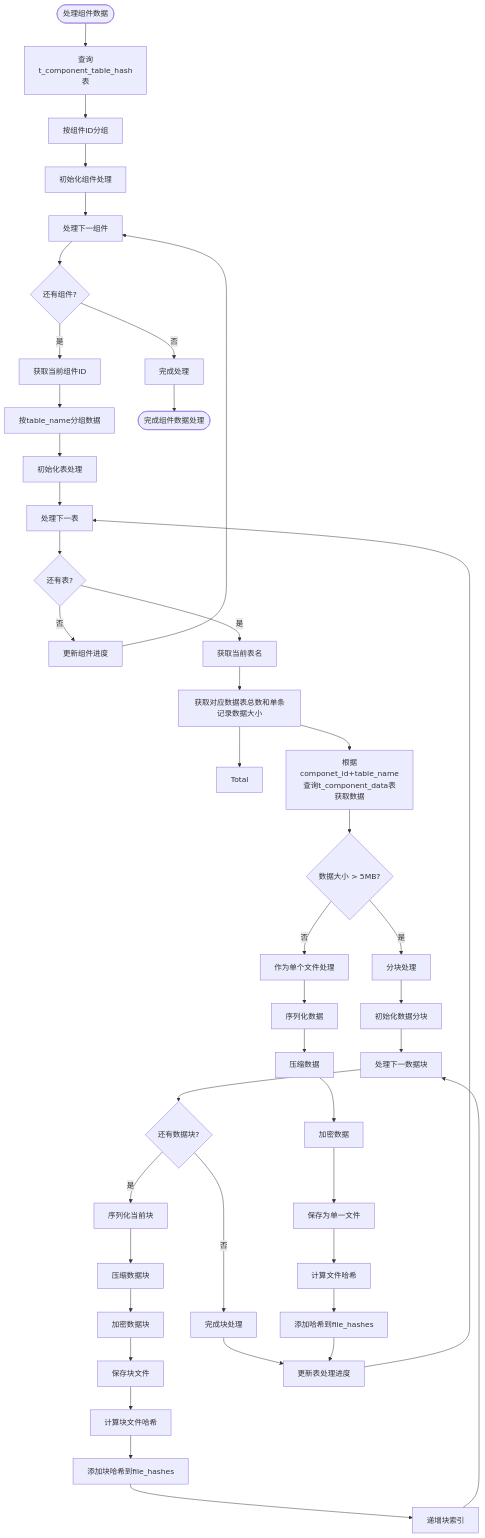
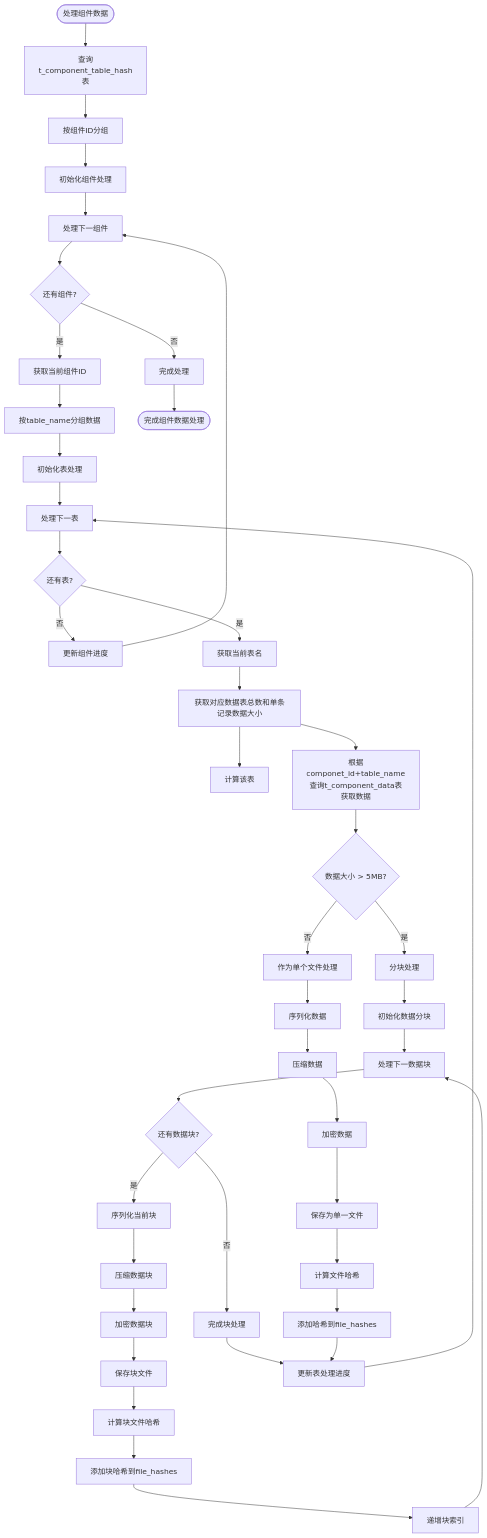
One commit to yingjianzh/iodraw-files changed the diagram in all/未命名-56.md. Above: the diagram before and after it, drawn with Mermaid.

Commit message:
2025-05-12 14:29:07 update

````diff
--- a/all/未命名-56.md
+++ b/all/未命名-56.md
@@ -1,59 +1,59 @@
 ```mermaid
 
 flowchart TD
     Start([处理组件数据]) --> QueryDB[查询t_component_table_hash表]
     QueryDB --> GroupByComp[按组件ID分组]
     GroupByComp --> InitCompProcess[初始化组件处理]
     
     InitCompProcess --> ProcessNextComp[处理下一组件]
     ProcessNextComp --> MoreComps{还有组件?}
     MoreComps -->|否| CompleteProcess[完成处理]
     MoreComps -->|是| GetCompID[获取当前组件ID]
     
     GetCompID --> GroupByTable[按table_name分组数据]
     GroupByTable --> InitTableProcess[初始化表处理]
     
     InitTableProcess --> ProcessNextTable[处理下一表]
     ProcessNextTable --> MoreTables{还有表?}
     MoreTables -->|否| UpdateCompProgress[更新组件进度]
     MoreTables -->|是| GetTableName[获取当前表名]
     
     UpdateCompProgress --> ProcessNextComp
     
     GetTableName --> CheckDataSize[获取对应数据表总数和单条记录数据大小]
-    CheckDataSize --> Total
+    CheckDataSize --> TotalSize[计算该表]
     CheckDataSize --> QueryTableData[根据componet_id+table_name查询t_component_data表获取数据]
     QueryTableData --> DataSize{数据大小 > 5MB?}
     
     DataSize -->|否| ProcessSingleFile[作为单个文件处理]
     DataSize -->|是| ProcessMultipleChunks[分块处理]
     
     ProcessSingleFile --> SerializeData[序列化数据]
     SerializeData --> CompressData[压缩数据]
     CompressData --> EncryptData[加密数据]
     EncryptData --> SaveSingleFile[保存为单一文件]
     SaveSingleFile --> CalcFileHash[计算文件哈希]
     CalcFileHash --> AddToFileHashes[添加哈希到file_hashes]
 
     ProcessMultipleChunks --> InitChunks[初始化数据分块]
     InitChunks --> ProcessNextChunk[处理下一数据块]
     
     ProcessNextChunk --> MoreChunks{还有数据块?}
     MoreChunks -->|否| CompleteChunks[完成块处理]
     MoreChunks -->|是| SerializeChunk[序列化当前块]
     
     SerializeChunk --> CompressChunk[压缩数据块]
     CompressChunk --> EncryptChunk[加密数据块]
     EncryptChunk --> SaveChunkFile[保存块文件]
     SaveChunkFile --> CalcChunkHash[计算块文件哈希]
     CalcChunkHash --> AddChunkHash[添加块哈希到file_hashes]
     AddChunkHash --> IncrementChunkIndex[递增块索引]
     IncrementChunkIndex --> ProcessNextChunk
     
     CompleteChunks --> UpdateTableProgress[更新表处理进度]
     AddToFileHashes --> UpdateTableProgress
     UpdateTableProgress --> ProcessNextTable
     
     CompleteProcess --> End([完成组件数据处理])
 
 ```
````
